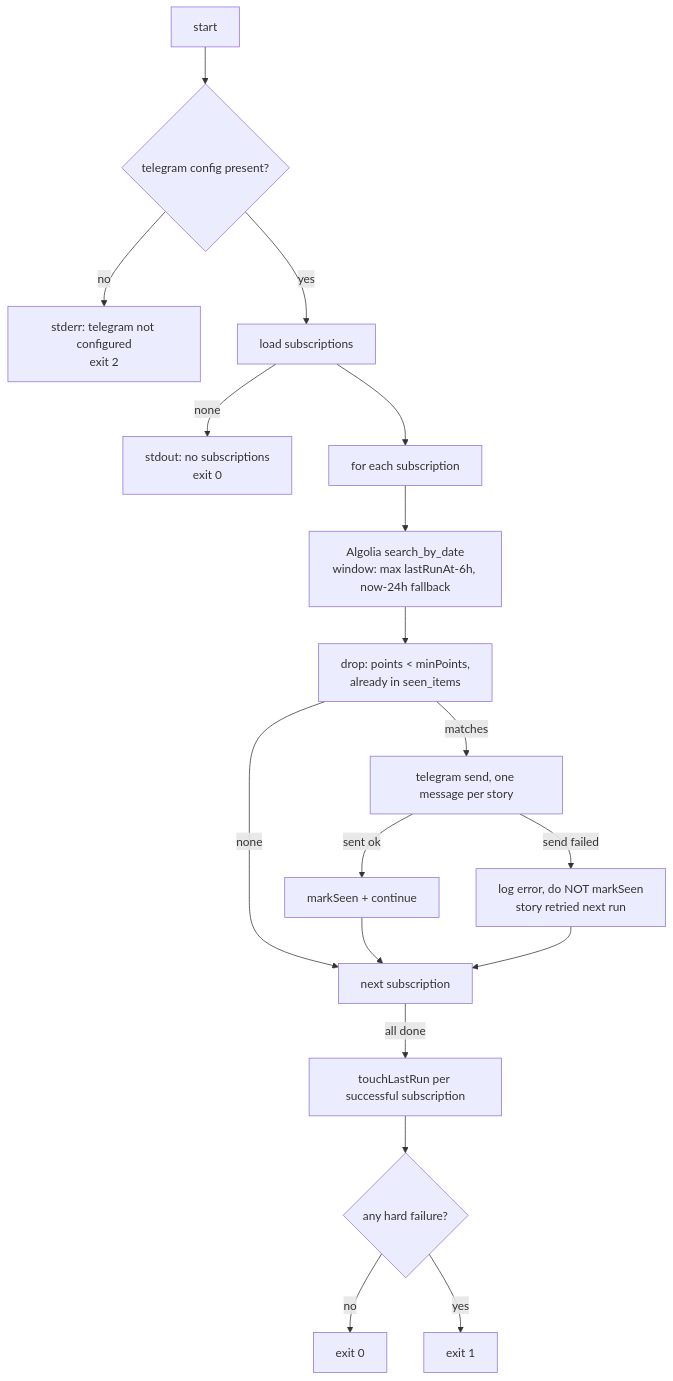
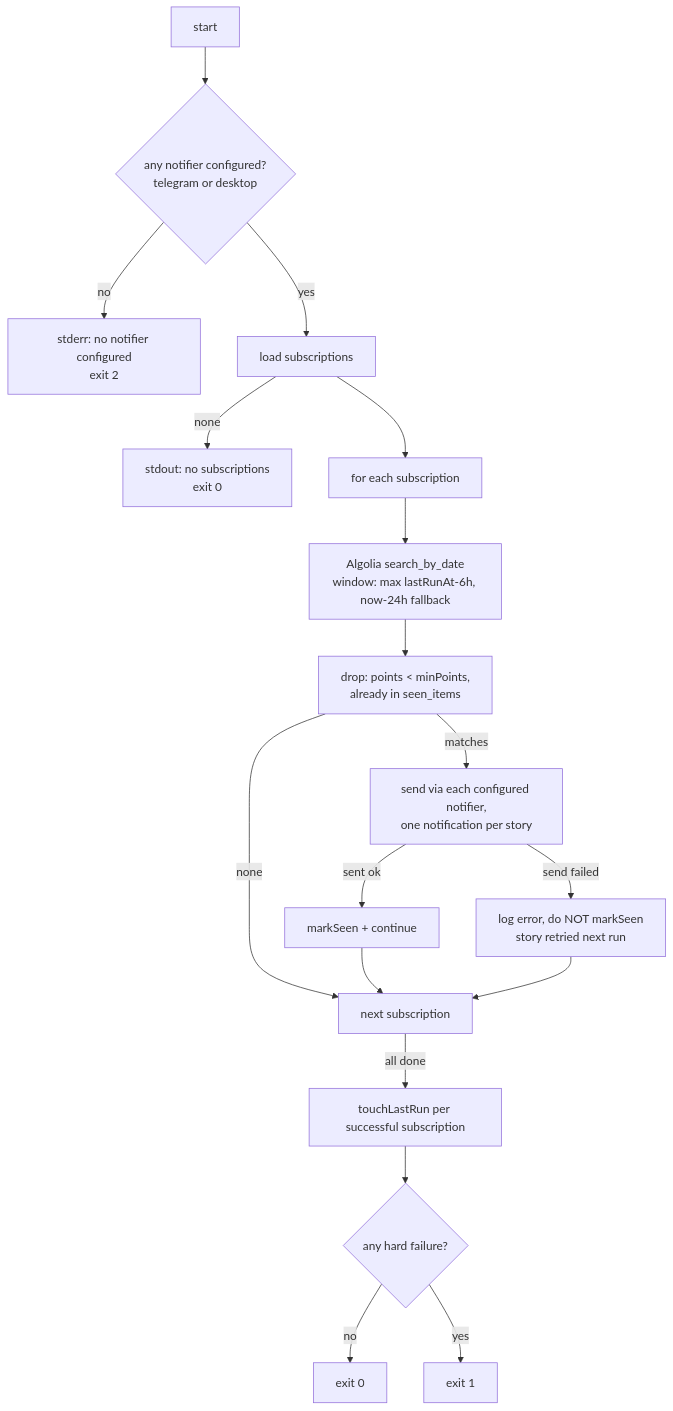
Before and after one commit to navinrc/hn-bits: the diagram in specs/v3/03-watcher.md, drawn with Mermaid. The commit also changed other lines of this file and 3 other files, not shown here.

First line of the commit message:
docs(specs): v3 desktop notifications via alerter

````diff
--- a/specs/v3/03-watcher.md
+++ b/specs/v3/03-watcher.md
@@ -17,20 +17,20 @@
 ```mermaid
 flowchart TD
-    S[start] --> CFG{telegram config present?}
-    CFG -->|no| E1[stderr: telegram not configured<br/>exit 2]
+    S[start] --> CFG{any notifier configured?<br/>telegram or desktop}
+    CFG -->|no| E1[stderr: no notifier configured<br/>exit 2]
     CFG -->|yes| SUBS[load subscriptions]
     SUBS -->|none| E0[stdout: no subscriptions<br/>exit 0]
     SUBS --> LOOP[for each subscription]
     LOOP --> Q[Algolia search_by_date<br/>window: max lastRunAt-6h, now-24h fallback]
     Q --> FIL[drop: points < minPoints,<br/>already in seen_items]
-    FIL -->|matches| TG[telegram send, one message per story]
-    TG -->|sent ok| MARK[markSeen + continue]
-    TG -->|send failed| SKIP[log error, do NOT markSeen<br/>story retried next run]
+    FIL -->|matches| N[send via each configured notifier,<br/>one notification per story]
+    N -->|sent ok| MARK[markSeen + continue]
+    N -->|send failed| SKIP[log error, do NOT markSeen<br/>story retried next run]
     FIL -->|none| NEXT[next subscription]
     MARK --> NEXT
     SKIP --> NEXT
     NEXT -->|all done| TOUCH[touchLastRun per successful subscription]
     TOUCH --> EXIT{any hard failure?}
     EXIT -->|no| X0[exit 0]
     EXIT -->|yes| X1[exit 1]
 ```
````
